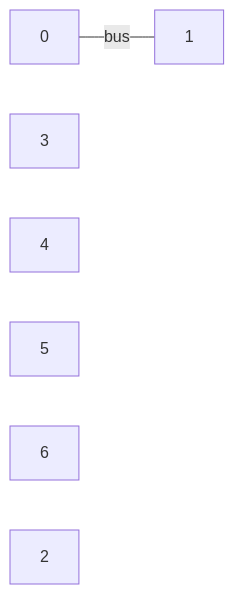
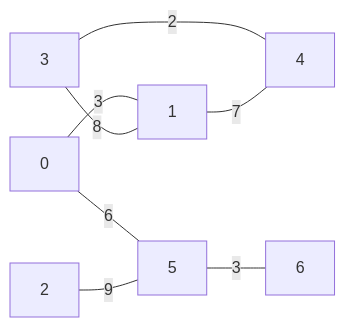
The third of 3 diagrams in terminale/Structures_relationnelles_de_données/Graphes.md (boddaert/nsi), drawn with Mermaid before and after one commit.

````diff
--- a/terminale/Structures_relationnelles_de_données/Graphes.md
+++ b/terminale/Structures_relationnelles_de_données/Graphes.md
@@ -132,11 +132,10 @@
 ```mermaid
     flowchart LR
-        A["0"]
-        B["1"]
-        D["3"]
-        E["4"]
-        F["5"]
-        G["6"]
-        C["2"]
-        A-- bus ---B
+        0-- 3 ---1
+        3-- 8 ---1
+        3-- 2 ---4
+        1-- 7 ---4
+        0-- 6 ---5
+        5-- 3 ---6
+        2-- 9 ---5
 ```
````
